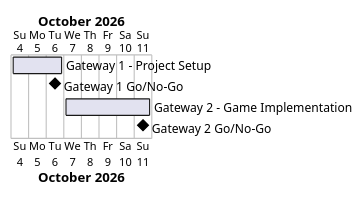
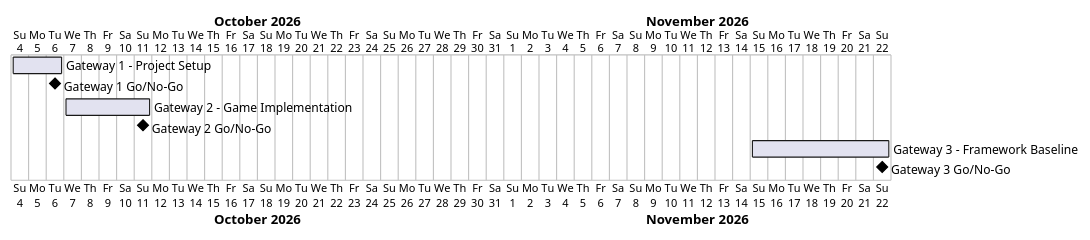
The diagram in docs/project-plan.md (Tirsvad-Udemy-100-days-of-code/011-blackjack), drawn with PlantUML before and after one commit. The commit also changed other lines of this file and 142 other files, not shown here.

First line of the commit message:
Add the framework baseline: gateway MIL-003, wiki, README, licence metadata

````diff
--- a/docs/project-plan.md
+++ b/docs/project-plan.md
@@ -34,9 +39,11 @@
 ```plantuml
 @startgantt
 Project starts 2026-10-04
 [Gateway 1 - Project Setup] starts 2026-10-04 and ends 2026-10-06
 [Gateway 1 Go/No-Go] happens 2026-10-06
 [Gateway 2 - Game Implementation] starts 2026-10-07 and ends 2026-10-11
 [Gateway 2 Go/No-Go] happens 2026-10-11
+[Gateway 3 - Framework Baseline] starts 2026-11-15 and ends 2026-11-22
+[Gateway 3 Go/No-Go] happens 2026-11-22
 @endgantt
 ```
````
